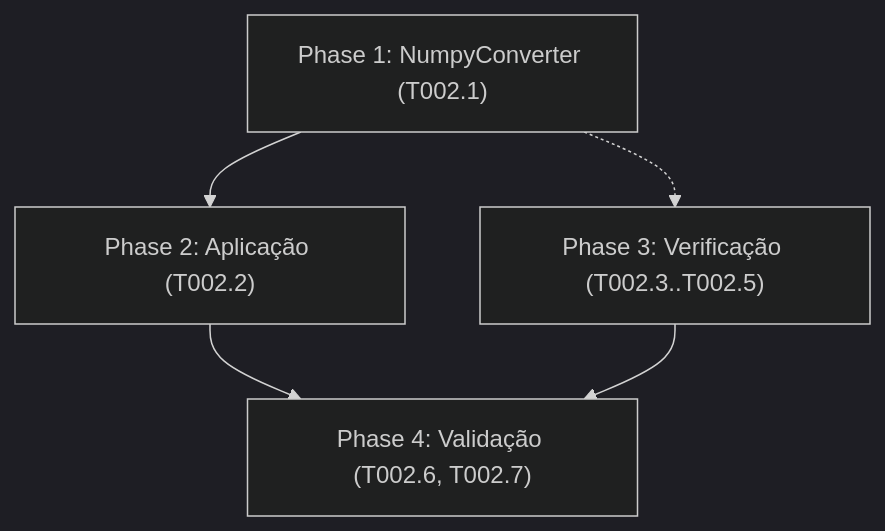
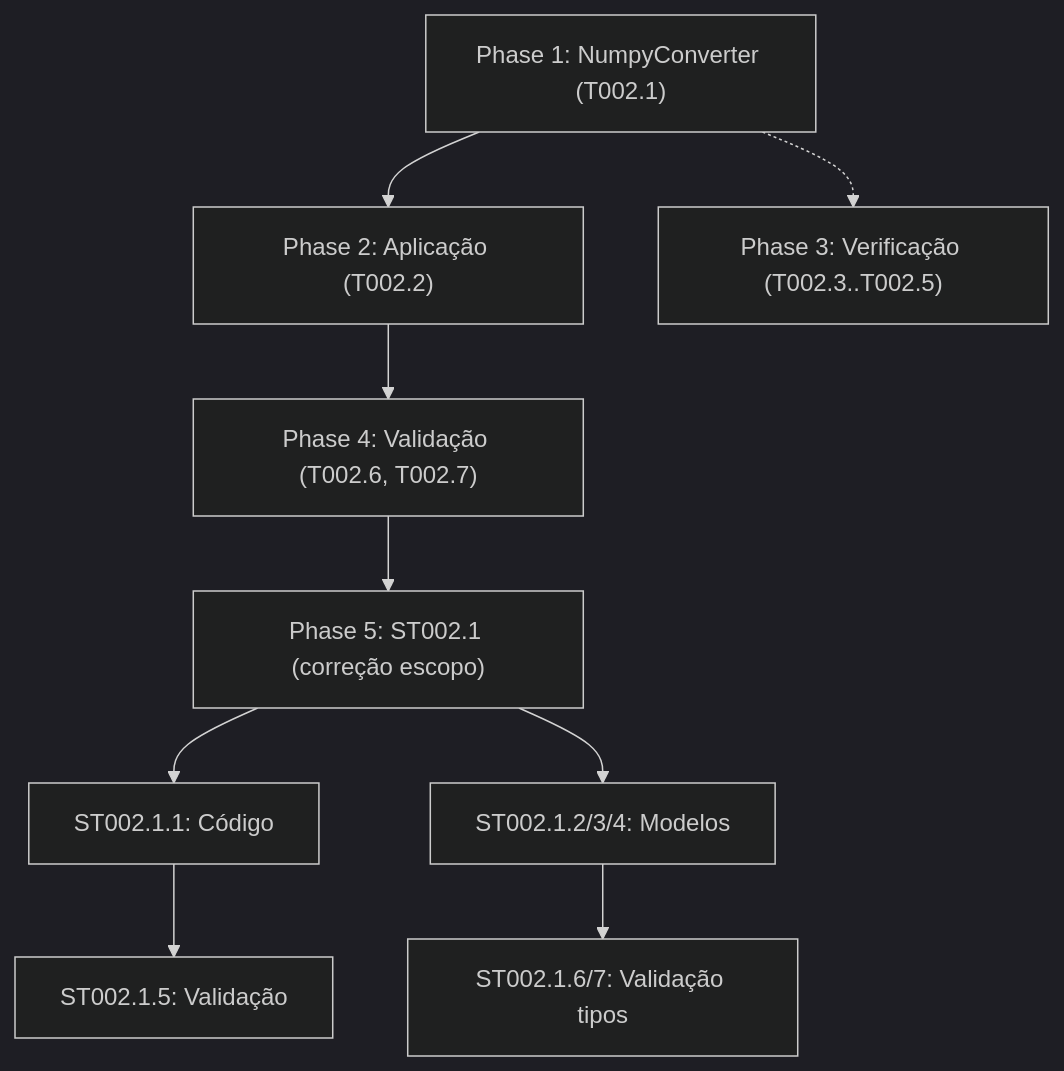
The first of 2 diagrams in specs/002-pairwise-similarity-fix/tasks.md (BrunoWatanabe/TCC-KPC), drawn with Mermaid (dark theme) before and after one commit. The commit also changed other lines of this file and 11 other files, not shown here.

````diff
--- a/specs/002-pairwise-similarity-fix/tasks.md
+++ b/specs/002-pairwise-similarity-fix/tasks.md
@@ -209,7 +356,11 @@
 ```mermaid
 graph TD
     Phase1["Phase 1: NumpyConverter (T002.1)"] --> Phase2["Phase 2: Aplicação (T002.2)"]
     Phase1 -.-> Phase3["Phase 3: Verificação (T002.3..T002.5)"]
     Phase2 --> Phase4["Phase 4: Validação (T002.6, T002.7)"]
-    Phase3 --> Phase4
+    Phase4 --> Phase5["Phase 5: ST002.1 (correção escopo)"]
+    Phase5 --> Phase5a["ST002.1.1: Código"]
+    Phase5a --> Phase5b["ST002.1.5: Validação"]
+    Phase5 --> Phase5c["ST002.1.2/3/4: Modelos"]
+    Phase5c --> Phase5d["ST002.1.6/7: Validação tipos"]
 ```
````
